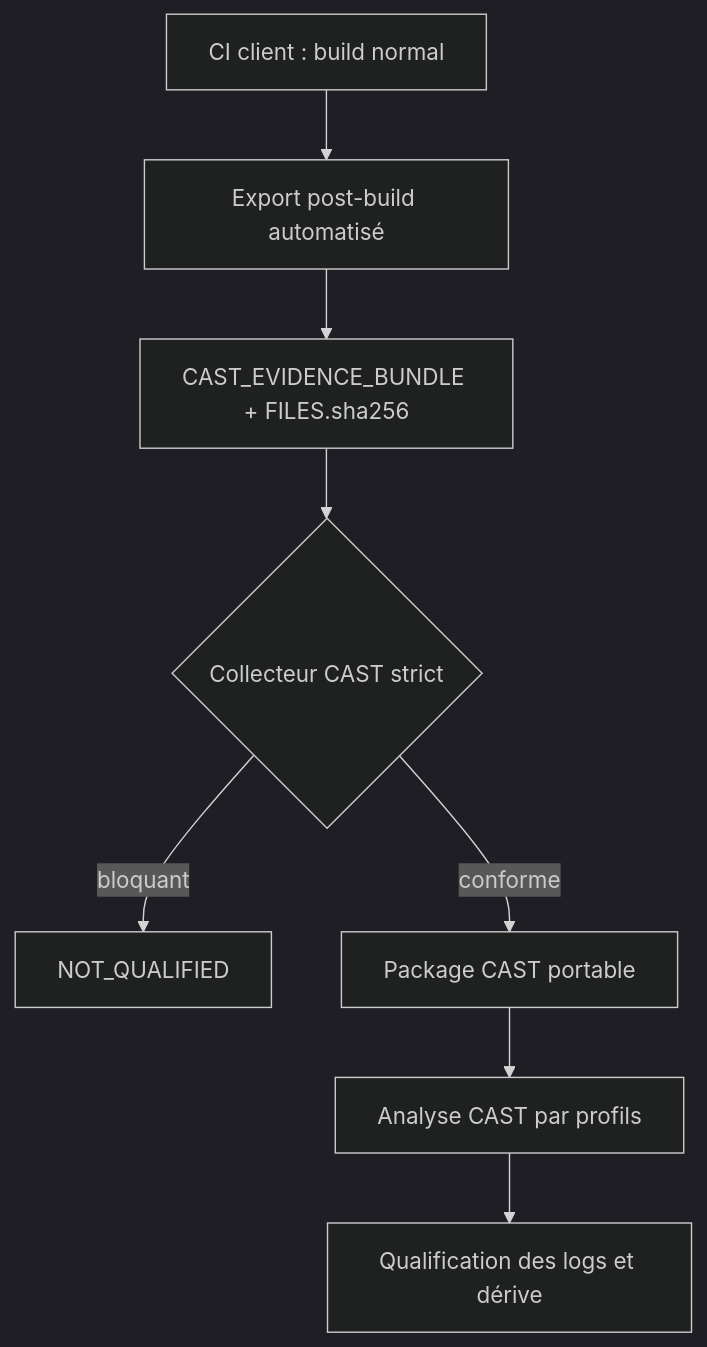
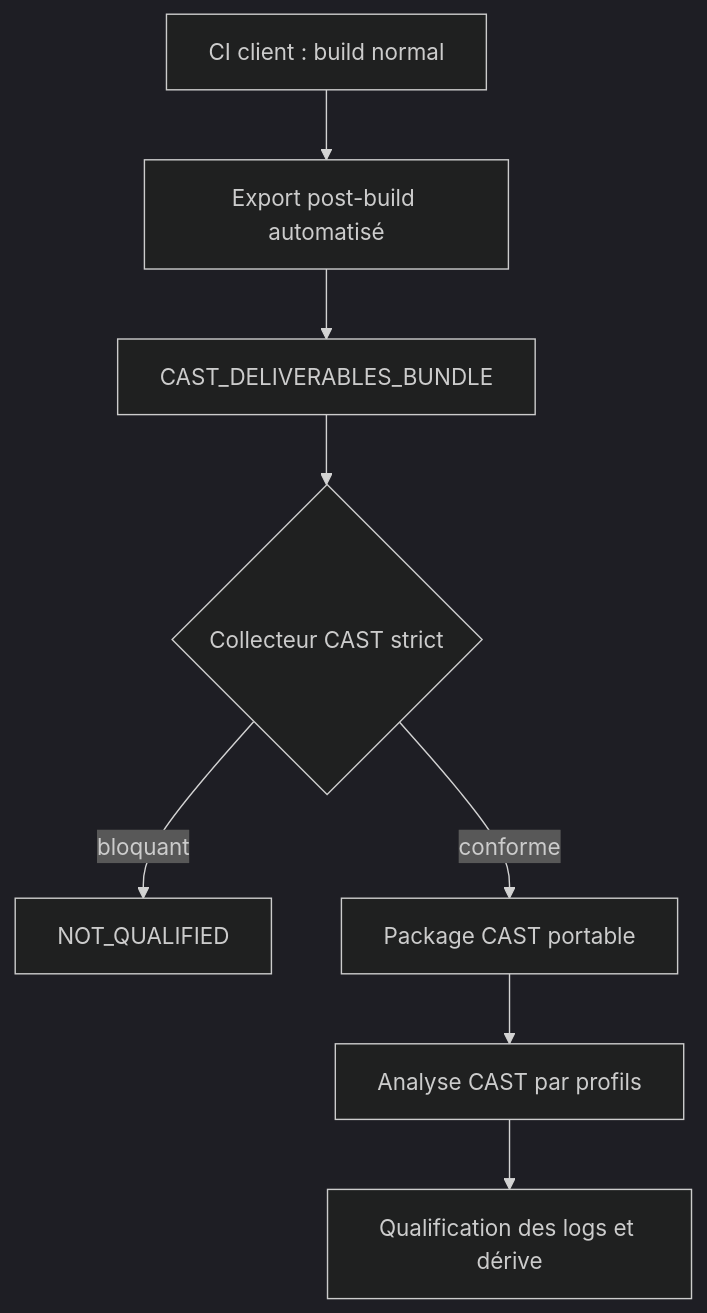
One commit to ThierryGuegan/CAST_Conan changed the first of 2 diagrams in README.md. Above: the diagram before and after it, drawn with Mermaid (dark theme). The commit also changed other lines of this file and 4 other files, not shown here.

````diff
--- a/README.md
+++ b/README.md
@@ -9,10 +9,10 @@
 ```mermaid
 flowchart TD
     C["CI client : build normal"] --> E["Export post-build automatisé"]
-    E --> B["CAST_EVIDENCE_BUNDLE + FILES.sha256"]
+    E --> B["CAST_DELIVERABLES_BUNDLE"]
     B --> G{"Collecteur CAST strict"}
     G -->|bloquant| N["NOT_QUALIFIED"]
     G -->|conforme| P["Package CAST portable"]
     P --> A["Analyse CAST par profils"]
     A --> Q["Qualification des logs et dérive"]
 ```
````
